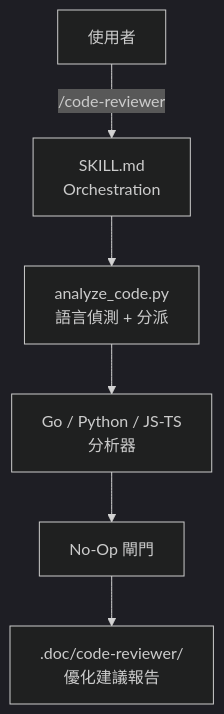
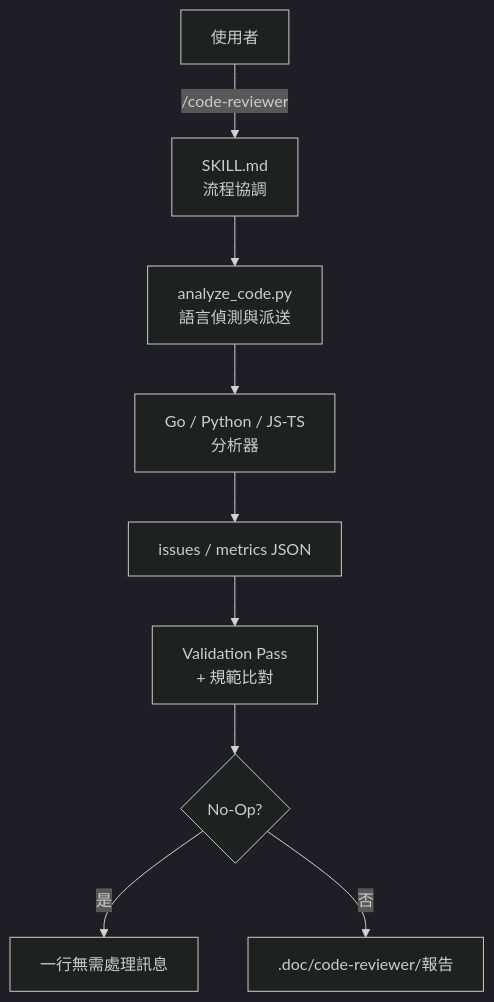
Before and after one commit to agenvoy/skill-code-reviewer: the diagram in doc/README.zh.md, drawn with Mermaid (dark theme). The commit also changed other lines of this file and 9 other files, not shown here.

Commit message:
feat: Add convention checks, validation pass, and Go issue snippets

````diff
--- a/doc/README.zh.md
+++ b/doc/README.zh.md
@@ -39,8 +39,11 @@
 ```mermaid
 graph TB
-    User[使用者] -->|/code-reviewer| SKILL[SKILL.md<br/>Orchestration]
-    SKILL --> Analyze[analyze_code.py<br/>語言偵測 + 分派]
+    User[使用者] -->|/code-reviewer| SKILL[SKILL.md<br/>流程協調]
+    SKILL --> Analyze[analyze_code.py<br/>語言偵測與派送]
     Analyze --> Lang[Go / Python / JS-TS<br/>分析器]
-    Lang --> Gate[No-Op 閘門]
-    Gate --> Output[.doc/code-reviewer/<br/>優化建議報告]
+    Lang --> JSON[issues / metrics JSON]
+    JSON --> Validate[Validation Pass<br/>+ 規範比對]
+    Validate --> Gate{No-Op?}
+    Gate -->|是| Msg[一行無需處理訊息]
+    Gate -->|否| Report[.doc/code-reviewer/報告]
 ```
````
